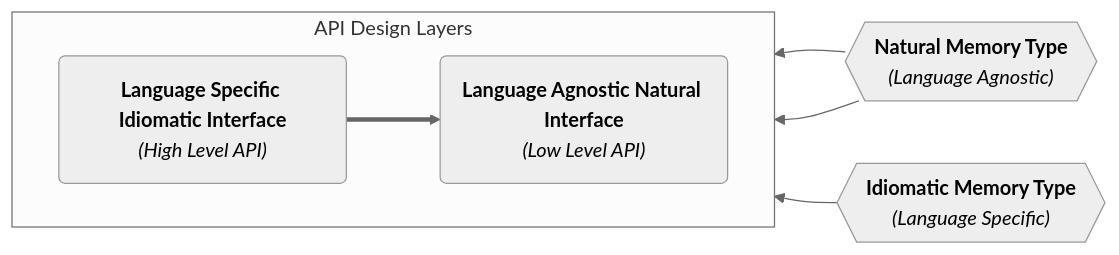
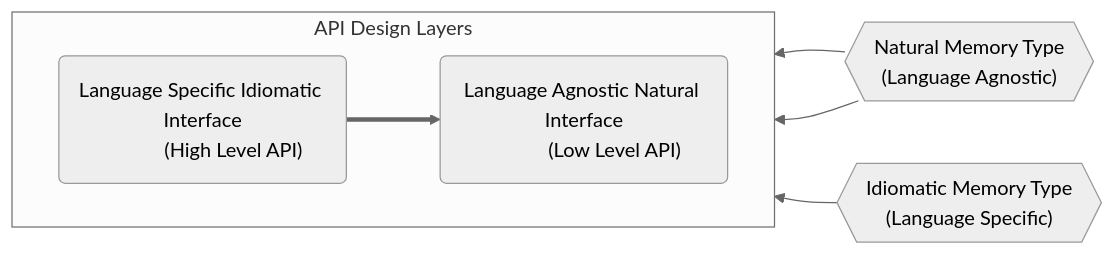
The second of 9 diagrams in README.md (Pebaz/tidbytes), drawn with Mermaid (neutral theme) before and after one commit.

````diff
--- a/README.md
+++ b/README.md
@@ -56,31 +56,31 @@
 ```mermaid
 graph RL;
     subgraph API Design Layers
         direction LR
 
-        idiomatic("`
-            **Language Specific Idiomatic Interface**
-            *(High Level API)*
-        `")
+        idiomatic("
+            Language Specific Idiomatic Interface
+            (High Level API)
+        ")
 
-        natural("`
-            **Language Agnostic Natural Interface**
-            *(Low Level API)*
-        `")
+        natural("
+            Language Agnostic Natural Interface
+            (Low Level API)
+        ")
     end
 
-    natural_type{{"`
-        **Natural Memory Type**
-        *(Language Agnostic)*
-    `"}}
+    natural_type{{"
+        Natural Memory Type
+        (Language Agnostic)
+    "}}
 
-    idio_type{{"`
-        **Idiomatic Memory Type**
-        *(Language Specific)*
-    `"}}
+    idio_type{{"
+        Idiomatic Memory Type
+        (Language Specific)
+    "}}
 
     idiomatic ==> natural
     natural_type --> natural
     idio_type --> idiomatic
     natural_type --> idiomatic
 ```
````
